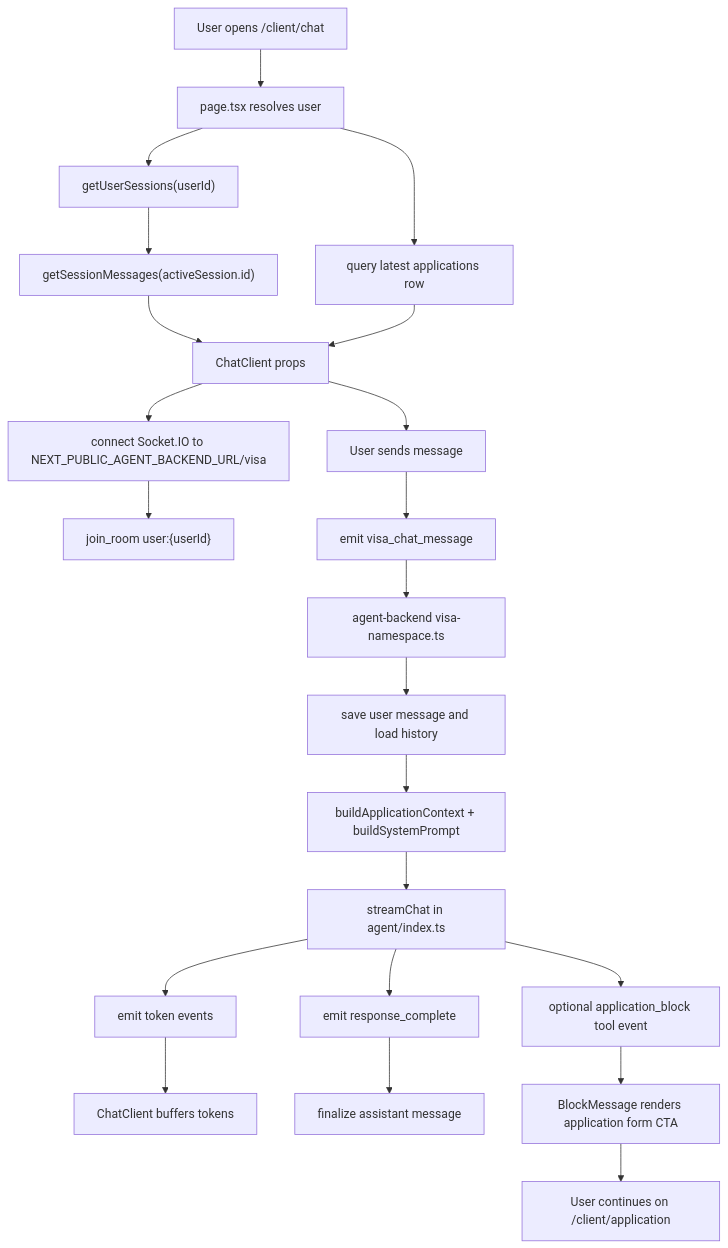
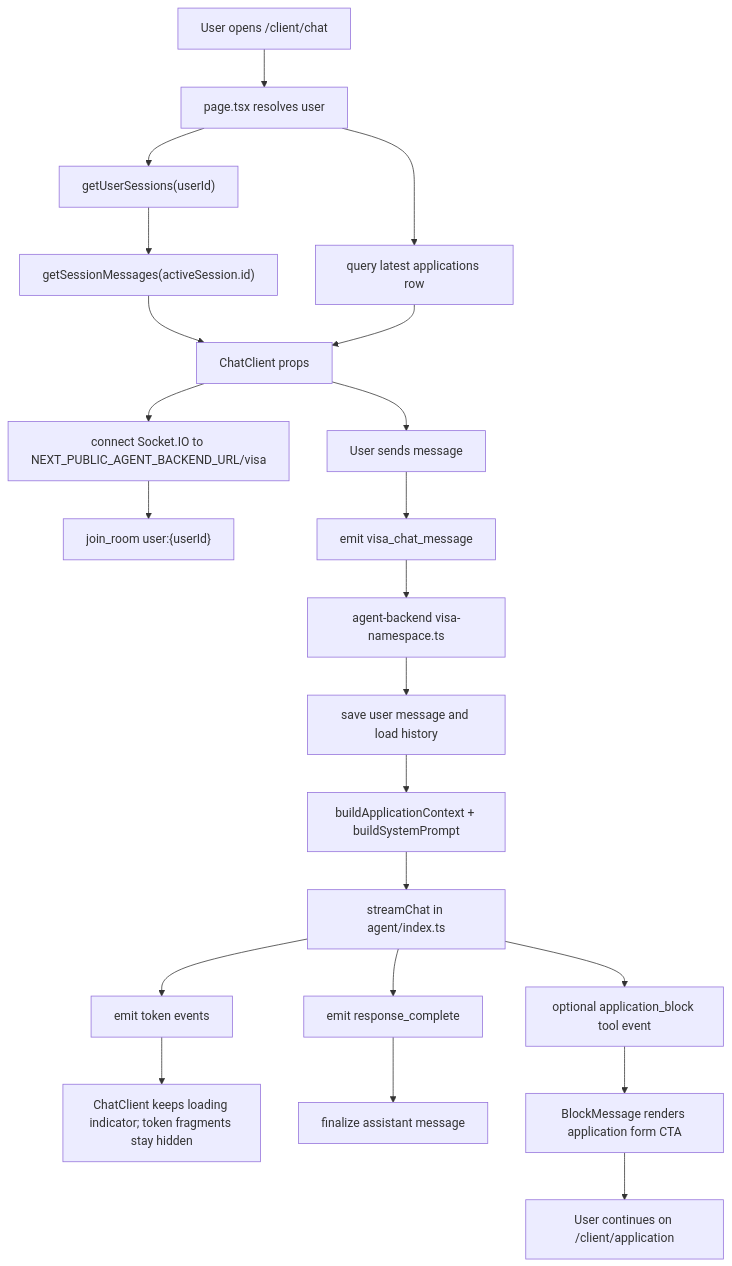
Before and after one commit to Nanan-Holdings/VIZA-monorepo: the diagram in docs/viza-ai-chat-development-guide.md, drawn with Mermaid. The commit also changed other lines of this file and 180 other files, not shown here.

````diff
--- a/docs/viza-ai-chat-development-guide.md
+++ b/docs/viza-ai-chat-development-guide.md
@@ -53,24 +53,24 @@
 ```mermaid
 flowchart TD
   A["User opens /client/chat"] --> B["page.tsx resolves user"]
   B --> C["getUserSessions(userId)"]
   C --> C2["getSessionMessages(activeSession.id)"]
   B --> D["query latest applications row"]
   C2 --> E["ChatClient props"]
   D --> E
   E --> F["connect Socket.IO to NEXT_PUBLIC_AGENT_BACKEND_URL/visa"]
   F --> G["join_room user:{userId}"]
   E --> H["User sends message"]
   H --> I["emit visa_chat_message"]
   I --> J["agent-backend visa-namespace.ts"]
   J --> K["save user message and load history"]
   K --> L["buildApplicationContext + buildSystemPrompt"]
   L --> M["streamChat in agent/index.ts"]
   M --> N["emit token events"]
   M --> O["emit response_complete"]
   M --> P["optional application_block tool event"]
-  N --> Q["ChatClient buffers tokens"]
+  N --> Q["ChatClient keeps loading indicator; token fragments stay hidden"]
   O --> R["finalize assistant message"]
   P --> S["BlockMessage renders application form CTA"]
   S --> T["User continues on /client/application"]
 ```
````
